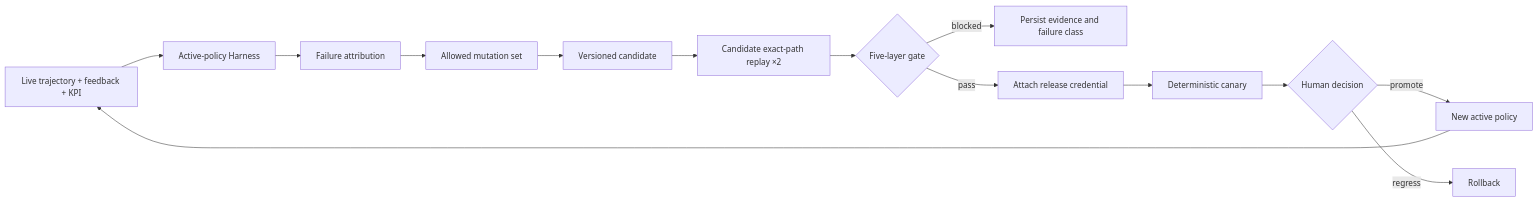
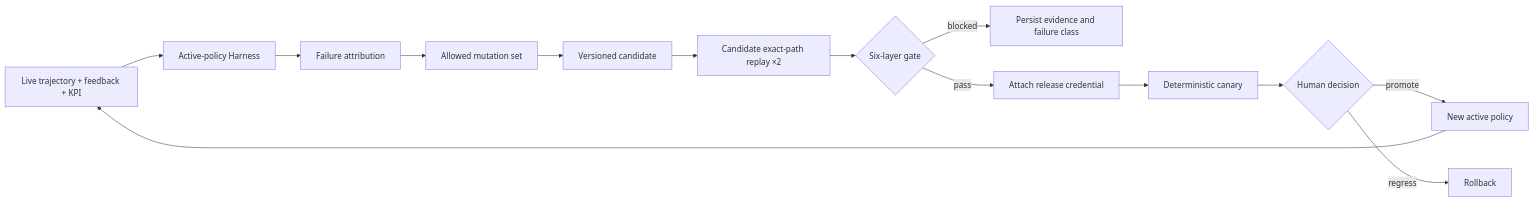
One commit to inv1sion/EvoOps changed the first of 2 diagrams in README.md. Above: the diagram before and after it, drawn with Mermaid. The commit also changed other lines of this file and 13 other files, not shown here.

````diff
--- a/README.md
+++ b/README.md
@@ -22,16 +22,16 @@
 ```mermaid
 flowchart LR
     A[Live trajectory + feedback + KPI] --> B[Active-policy Harness]
     B --> C[Failure attribution]
     C --> D[Allowed mutation set]
     D --> E[Versioned candidate]
     E --> F[Candidate exact-path replay ×2]
-    F --> G{Five-layer gate}
+    F --> G{Six-layer gate}
     G -->|blocked| H[Persist evidence and failure class]
     G -->|pass| I[Attach release credential]
     I --> J[Deterministic canary]
     J --> K{Human decision}
     K -->|promote| L[New active policy]
     K -->|regress| M[Rollback]
     L --> A
 ```
````
